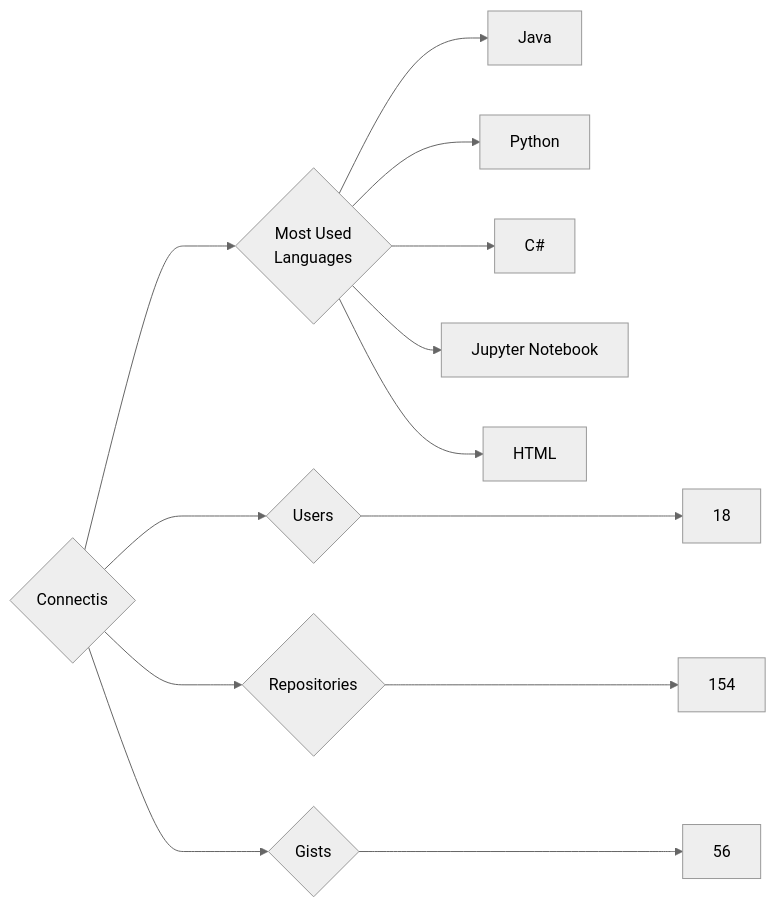
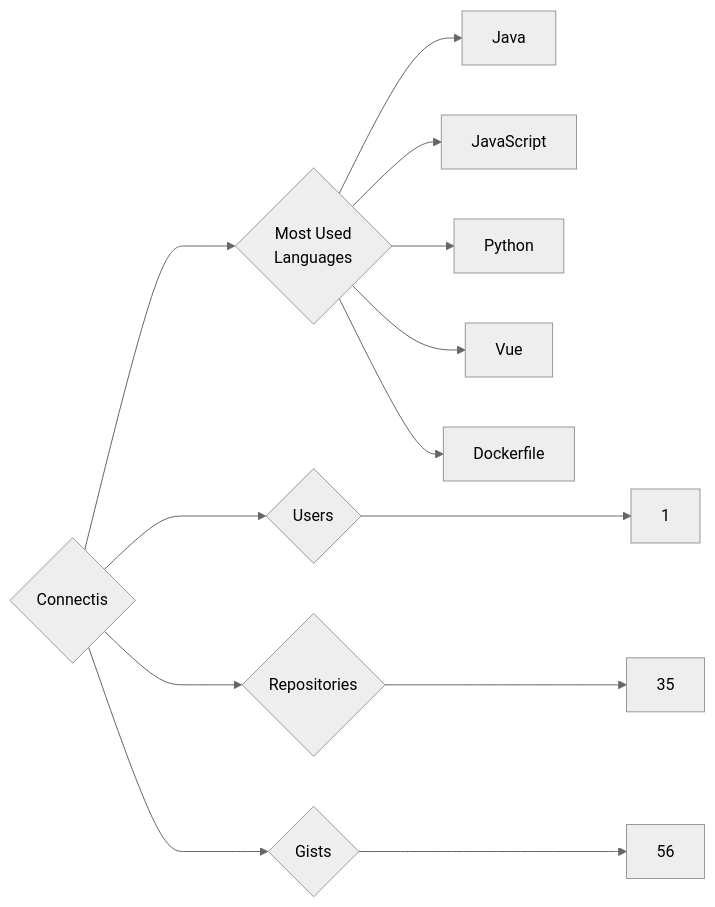
Before and after one commit to trickest/insiders: the diagram in targets/Connectis/README.md, drawn with Mermaid (neutral theme). The commit also changed 944 other files, not shown here.

````diff
--- a/targets/Connectis/README.md
+++ b/targets/Connectis/README.md
@@ -3,13 +3,13 @@
 ```mermaid
 graph LR
 COMPANY_NAME{Connectis}
-COMPANY_NAME ---> U{Users} ---> UN[18]
-COMPANY_NAME ---> R{Repositories} ---> RN[154]
+COMPANY_NAME ---> U{Users} ---> UN[1]
+COMPANY_NAME ---> R{Repositories} ---> RN[35]
 COMPANY_NAME ---> G{Gists} ---> GN[56]
 COMPANY_NAME ---> ML{Most Used<br>Languages}
 ML --> Java[Java]
+ML --> JavaScript[JavaScript]
 ML --> Python[Python]
-ML --> C#[C#]
-ML --> Jupyter_Notebook[Jupyter Notebook]
-ML --> HTML[HTML]
+ML --> Vue[Vue]
+ML --> Dockerfile[Dockerfile]
 ```
````
